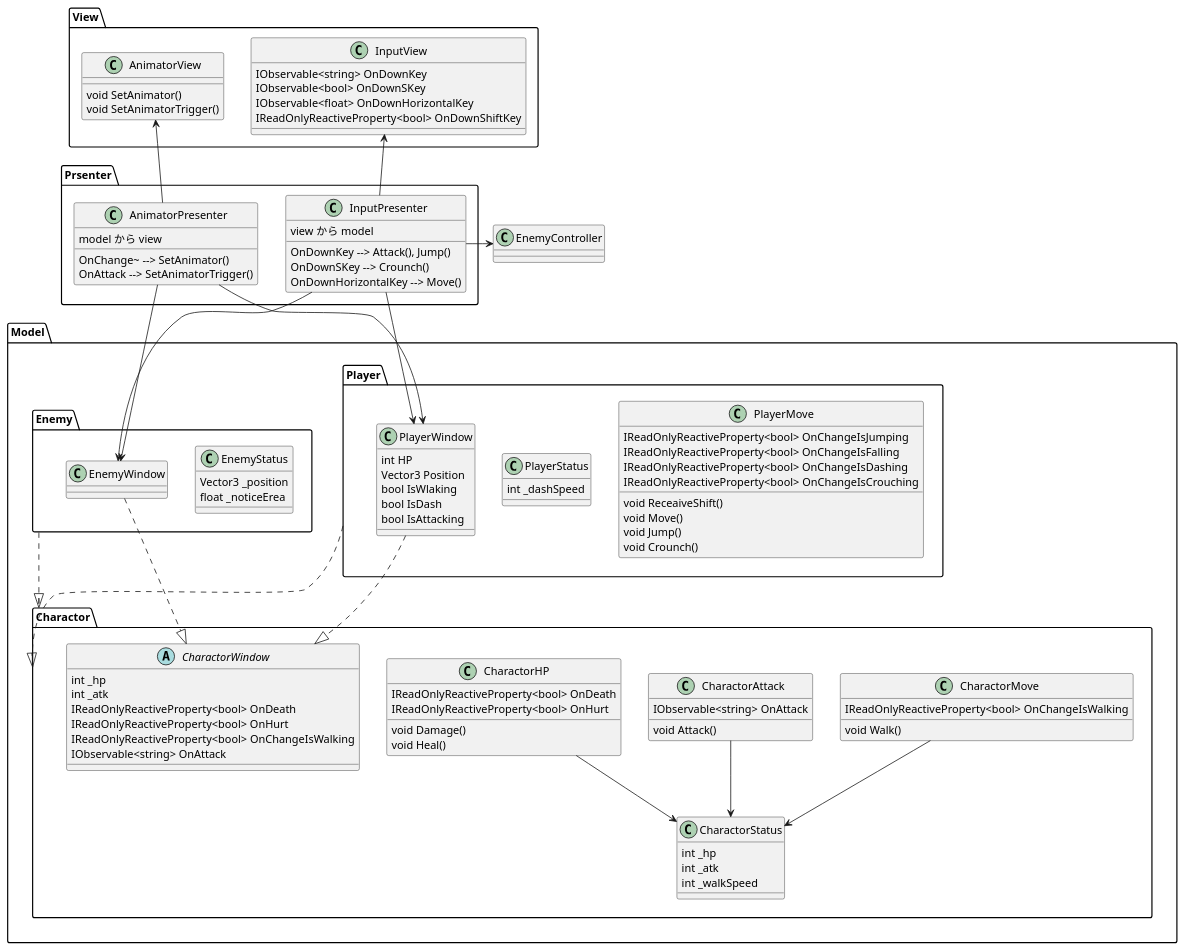
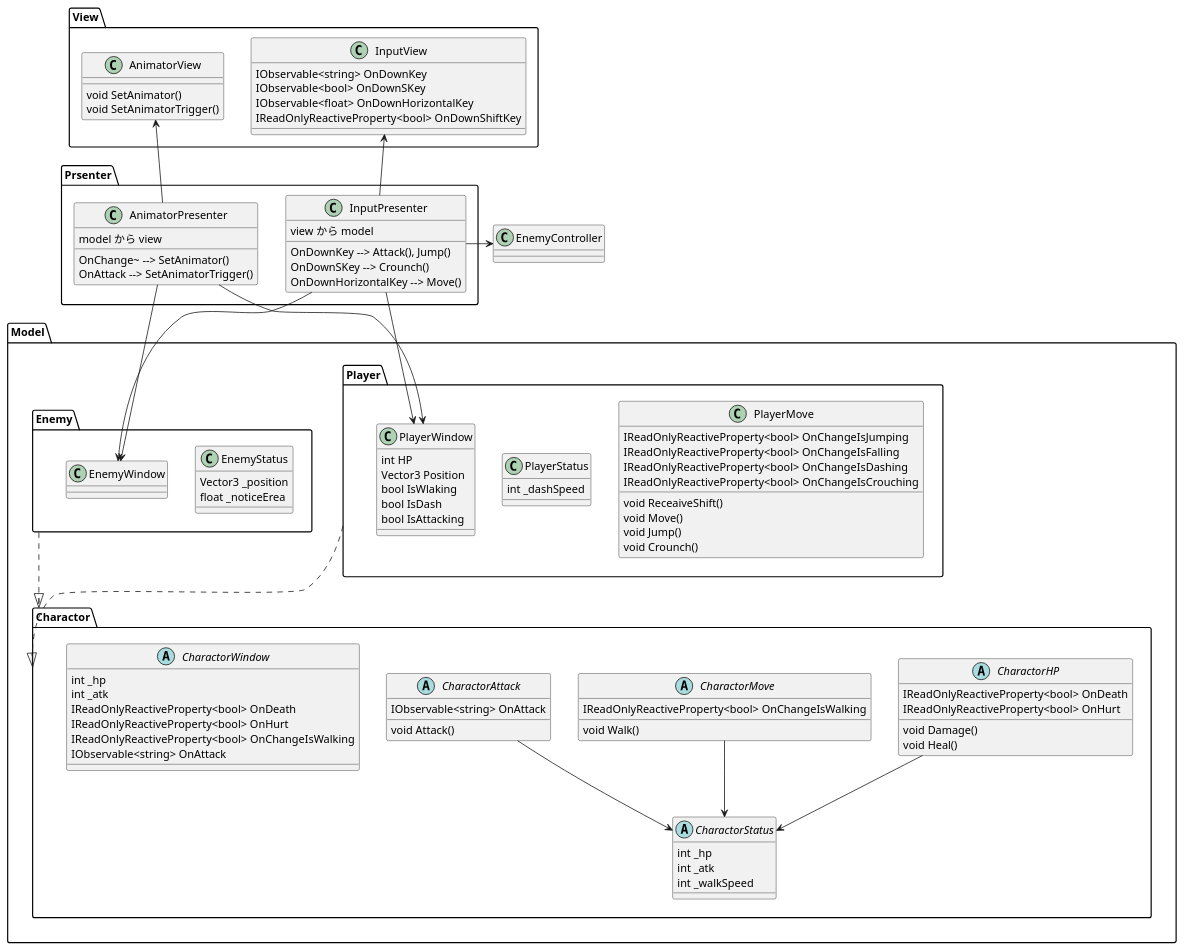
One commit to SomaKamikubo/Oumuamua changed the diagram in Document/sekkei/chara3.pu. Above: the diagram before and after it, drawn with PlantUML. The commit also changed 8 other files, not shown here.

Commit message:
クラス図整理

```diff
--- a/Document/sekkei/chara3.pu
+++ b/Document/sekkei/chara3.pu
@@ -1,136 +1,135 @@
  @startuml
 Folder Model{
     Folder Player  {
         class PlayerMove {
             IReadOnlyReactiveProperty<bool> OnChangeIsJumping
             IReadOnlyReactiveProperty<bool> OnChangeIsFalling
             IReadOnlyReactiveProperty<bool> OnChangeIsDashing
             IReadOnlyReactiveProperty<bool> OnChangeIsCrouching
             void ReceaiveShift()
             void Move()
             void Jump()
             void Crounch()
         }
         class PlayerStatus{
             int _dashSpeed
         }
         class PlayerWindow{
             int HP
             Vector3 Position
             bool IsWlaking
             bool IsDash
             bool IsAttacking
         }
     }
     Folder Enemy{
         class EnemyStatus{
             Vector3 _position
             float _noticeErea
         }
 
         class EnemyWindow{
 
         }
         
     }
     Folder Charactor{
-        class CharactorMove {
+        abstract CharactorMove {
             IReadOnlyReactiveProperty<bool> OnChangeIsWalking
             void Walk()
         }
 
-        class CharactorAttack{
+        abstract CharactorAttack{
             IObservable<string> OnAttack
             void Attack()
         }
 
-        class CharactorHP{
+        abstract CharactorHP{
             IReadOnlyReactiveProperty<bool> OnDeath
             IReadOnlyReactiveProperty<bool> OnHurt
             void Damage()
             void Heal()
         }
 
-        class CharactorStatus{
+        abstract CharactorStatus{
             int _hp
             int _atk
             int _walkSpeed
         }
         abstract CharactorWindow{
             int _hp
             int _atk
             IReadOnlyReactiveProperty<bool> OnDeath
             IReadOnlyReactiveProperty<bool> OnHurt
             IReadOnlyReactiveProperty<bool> OnChangeIsWalking
             IObservable<string> OnAttack
         }
             
     }
 
 }
 
 class EnemyController{
 
 }
 
 Folder Prsenter{
     class InputPresenter{
         view から model
         OnDownKey --> Attack(), Jump()
         OnDownSKey --> Crounch()
         OnDownHorizontalKey --> Move()
     }
     class AnimatorPresenter{
         model から view
         OnChange~ --> SetAnimator()
         OnAttack --> SetAnimatorTrigger()
 
     }
 
 
 }
 
 
 Folder View{
     class InputView{
          IObservable<string> OnDownKey
          IObservable<bool> OnDownSKey
          IObservable<float> OnDownHorizontalKey
          IReadOnlyReactiveProperty<bool> OnDownShiftKey    
     }
 
     class AnimatorView{
         void SetAnimator()
         void SetAnimatorTrigger()
     }
    
 }
 
 Player ..|> Charactor
 Enemy ..|> Charactor
 
 
-EnemyWindow ..|> CharactorWindow
-PlayerWindow ..|> CharactorWindow
+
 
 CharactorAttack --> CharactorStatus
 CharactorHP --> CharactorStatus
 CharactorMove --> CharactorStatus
 
 
 InputPresenter --up> InputView
 InputPresenter --> EnemyWindow
 InputPresenter --> PlayerWindow
 InputPresenter --ri> EnemyController
 
 
 AnimatorPresenter --> PlayerWindow
 AnimatorPresenter --> EnemyWindow
 AnimatorPresenter --up> AnimatorView
 
 
 
 
 
 
 @enduml
```
